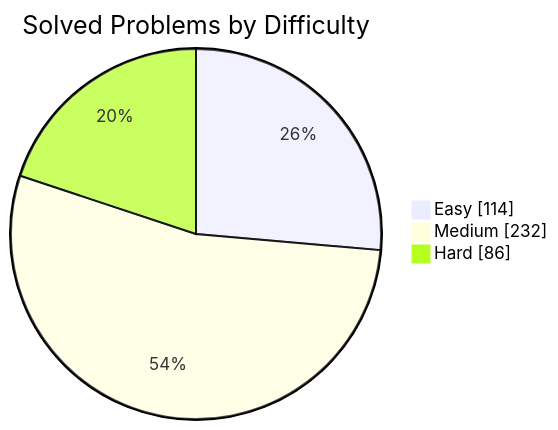
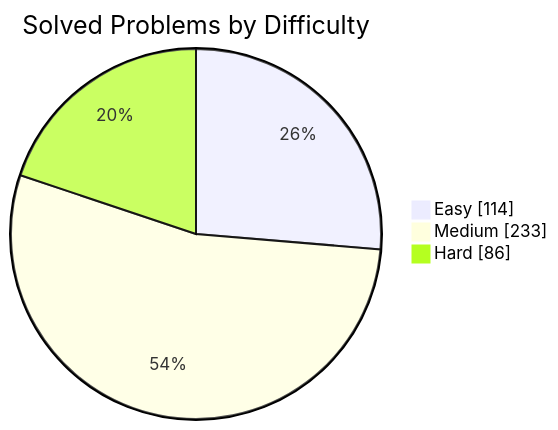
Before and after one commit to manikantbindass/DSA-Preparation-FAANG: the first of 2 diagrams in README.md, drawn with Mermaid. The commit also changed other lines of this file and 1 other file, not shown here.

````diff
--- a/README.md
+++ b/README.md
@@ -77,7 +77,7 @@
 ```mermaid
 pie showData
     title Solved Problems by Difficulty
     "Easy" : 114
-    "Medium" : 232
+    "Medium" : 233
     "Hard" : 86
 ```
````
